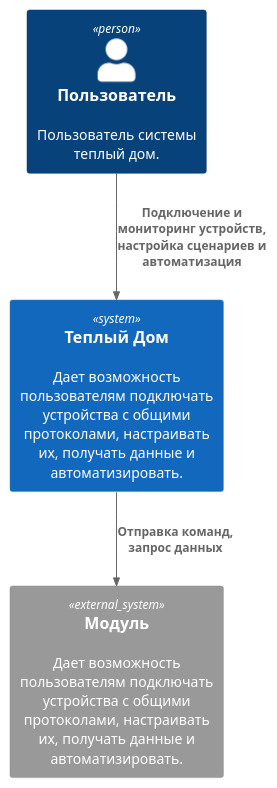
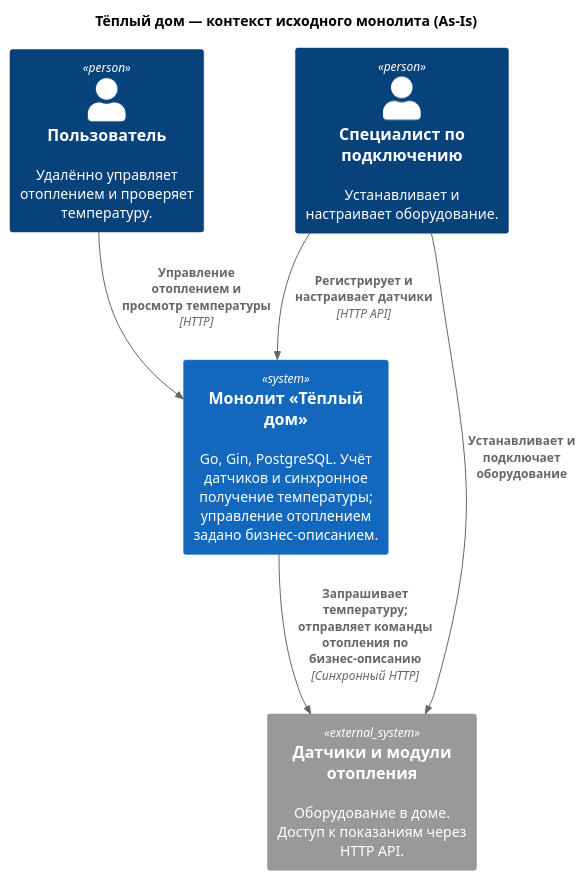
The diagram in diagrams/c4_context/c4_context.puml (skv0zsneg/architecture-pro-warmhouse), drawn with PlantUML before and after one commit. The commit also changed 25 other files, not shown here.

Commit message:
Add diagrams.

```diff
--- a/diagrams/c4_context/c4_context.puml
+++ b/diagrams/c4_context/c4_context.puml
@@ -1,10 +1,16 @@
-@startuml C4_Elements
-!include https://raw.githubusercontent.com/plantuml-stdlib/C4-PlantUML/master/C4_Container.puml
+@startuml c4_context
+!include <C4/C4_Context>
 
-Person(user, "Пользователь", "Пользователь системы теплый дом.")
-System(mainSystem, "Теплый Дом", "Дает возможность пользователям подключать устройства с общими протоколами, настраивать их, получать данные и автоматизировать.")
-System_Ext(Module, "Модуль", "Дает возможность пользователям подключать устройства с общими протоколами, настраивать их, получать данные и автоматизировать.")
+title Тёплый дом — контекст исходного монолита (As-Is)
+LAYOUT_TOP_DOWN()
 
-Rel(user, mainSystem, "Подключение и мониторинг устройств, настройка сценариев и автоматизация")
-Rel(mainSystem, Module, "Отправка команд, запрос данных")
+Person(user, "Пользователь", "Удалённо управляет отоплением и проверяет температуру.")
+Person(installer, "Специалист по подключению", "Устанавливает и настраивает оборудование.")
+System(mainSystem, "Монолит «Тёплый дом»", "Go, Gin, PostgreSQL. Учёт датчиков и синхронное получение температуры; управление отоплением задано бизнес-описанием.")
+System_Ext(modules, "Датчики и модули отопления", "Оборудование в доме. Доступ к показаниям через HTTP API.")
+
+Rel(user, mainSystem, "Управление отоплением и просмотр температуры", "HTTP")
+Rel(installer, mainSystem, "Регистрирует и настраивает датчики", "HTTP API")
+Rel(installer, modules, "Устанавливает и подключает оборудование")
+Rel(mainSystem, modules, "Запрашивает температуру; отправляет команды отопления по бизнес-описанию", "Синхронный HTTP")
 @enduml
```
